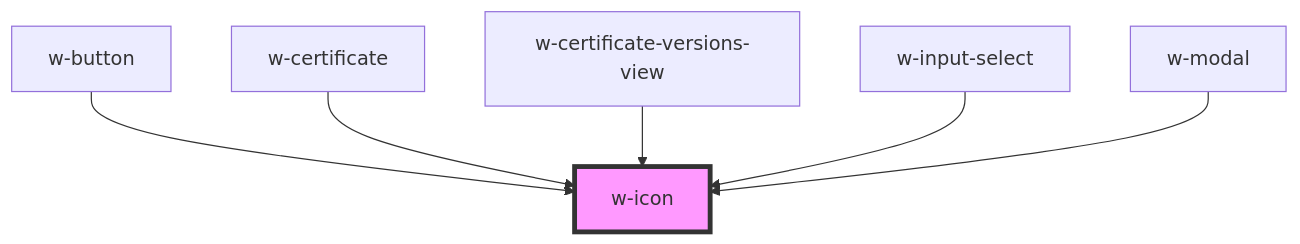
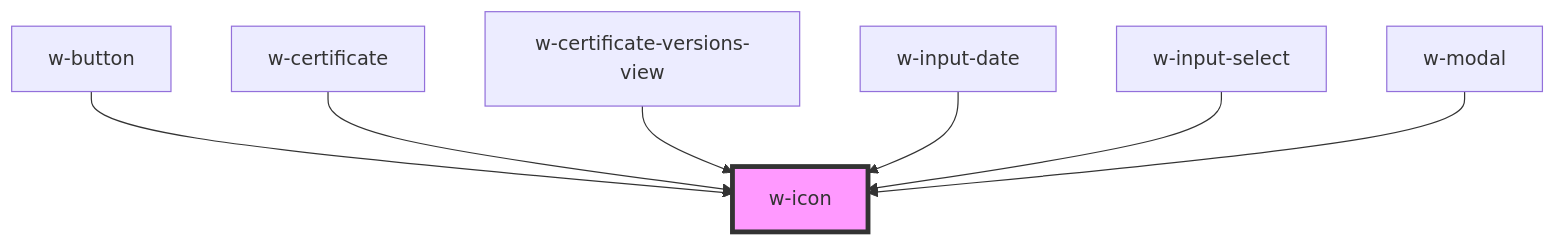
Before and after one commit to wordproof/ui: the diagram in src/components/w-icon/readme.md, drawn with Mermaid. The commit also changed other lines of this file and 2 other files, not shown here.

````diff
--- a/src/components/w-icon/readme.md
+++ b/src/components/w-icon/readme.md
@@ -27,9 +28,10 @@
 ```mermaid
 graph TD;
   w-button --> w-icon
   w-certificate --> w-icon
   w-certificate-versions-view --> w-icon
+  w-input-date --> w-icon
   w-input-select --> w-icon
   w-modal --> w-icon
   style w-icon fill:#f9f,stroke:#333,stroke-width:4px
 ```
````
